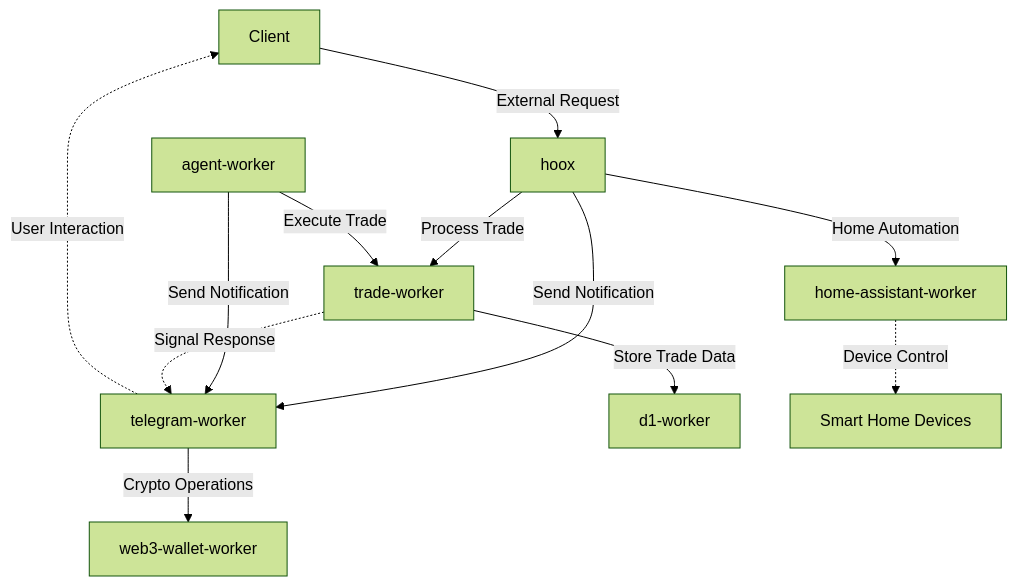
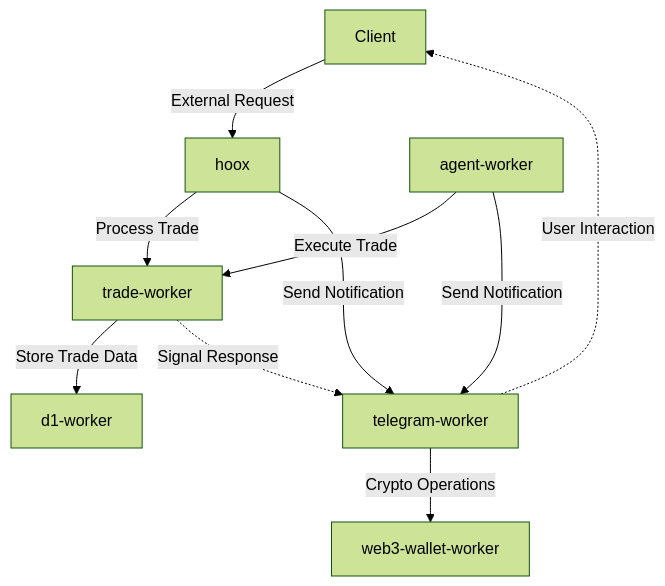
The diagram in docs/ENDPOINTS.md (jango-blockchained/hoox-setup), drawn with Mermaid (forest theme) before and after one commit. The commit also changed other lines of this file and 8 other files, not shown here.

````diff
--- a/docs/ENDPOINTS.md
+++ b/docs/ENDPOINTS.md
@@ -9,24 +9,24 @@
 ```mermaid
 graph TD
     Client[Client] -->|External Request| WH[hoox]
     
     %% hoox connections
     WH -->|Process Trade| TR[trade-worker]
     WH -->|Send Notification| TG[telegram-worker]
-    WH -->|Home Automation| HA[home-assistant-worker]
+
     
     %% telegram-worker connections
     TG -->|Crypto Operations| W3[web3-wallet-worker]
     
     %% trade-worker connections
     TR -->|Store Trade Data| D1[d1-worker]
     
     %% agent-worker connections
     AG[agent-worker] -->|Execute Trade| TR
     AG -->|Send Notification| TG
     
     %% Service flow examples
     TG -.->|User Interaction| Client
     TR -.->|Signal Response| TG
-    HA -.->|Device Control| SmartHome[Smart Home Devices]
+
 ```
````
